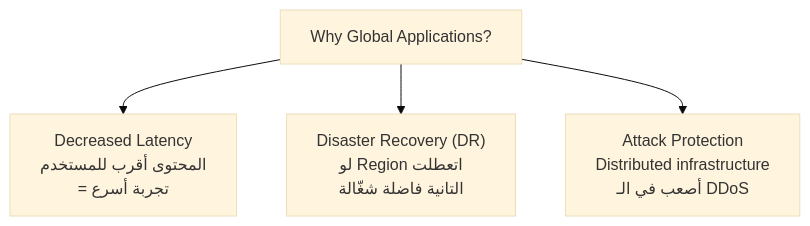
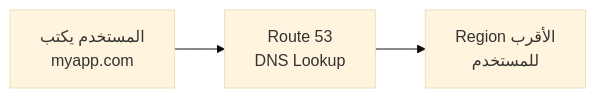
Before and after one commit to muhammad-khaled-tech/My-Study-Notes: the first of 2 diagrams in Aws practitioner/new/domain1_part2_global_wellarchitected.md, drawn with Mermaid (base theme). The commit also changed other lines of this file and 5 other files, not shown here.

````diff
--- a/Aws practitioner/new/domain1_part2_global_wellarchitected.md
+++ b/Aws practitioner/new/domain1_part2_global_wellarchitected.md
@@ -46,6 +25,5 @@
 ```mermaid
-graph TD
-A["Why Global Applications?"] --> B["Decreased Latency<br/>المحتوى أقرب للمستخدم<br/>= تجربة أسرع"]
-A --> C["Disaster Recovery (DR)<br/>لو Region اتعطلت<br/>التانية فاضلة شغّالة"]
-A --> D["Attack Protection<br/>Distributed infrastructure<br/>أصعب في الـ DDoS"]
+graph LR
+A["المستخدم يكتب<br/>myapp.com"] --> B["Route 53<br/>DNS Lookup"]
+B --> C["Region الأقرب<br/>للمستخدم"]
 ```
````
